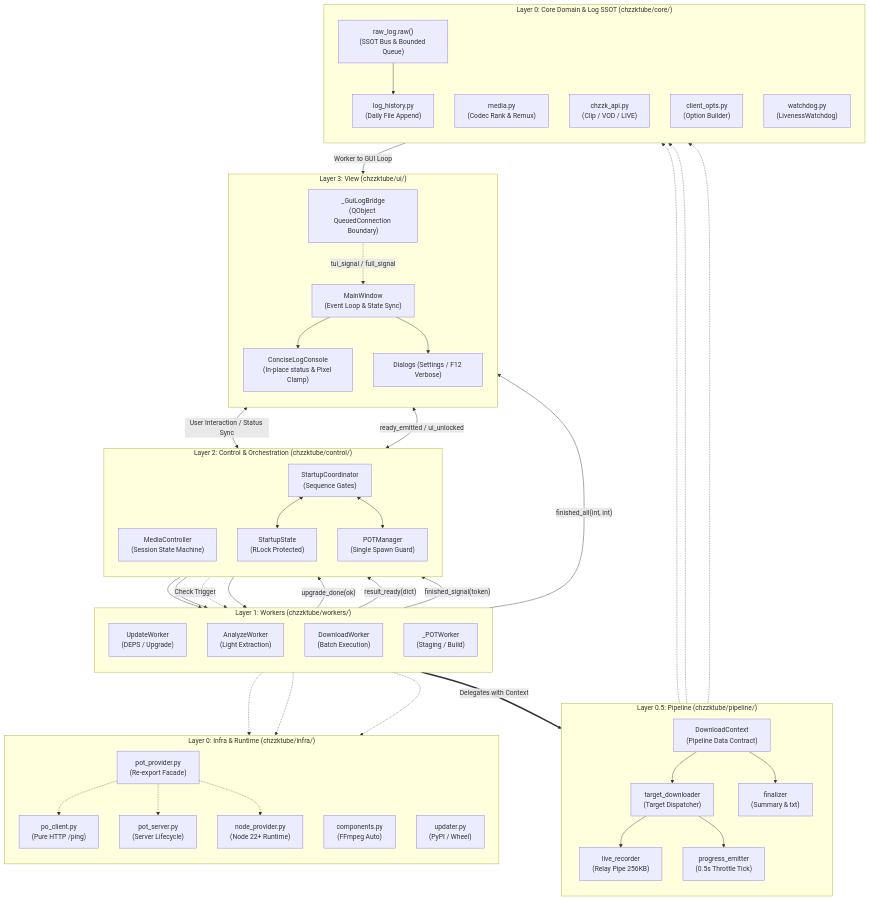
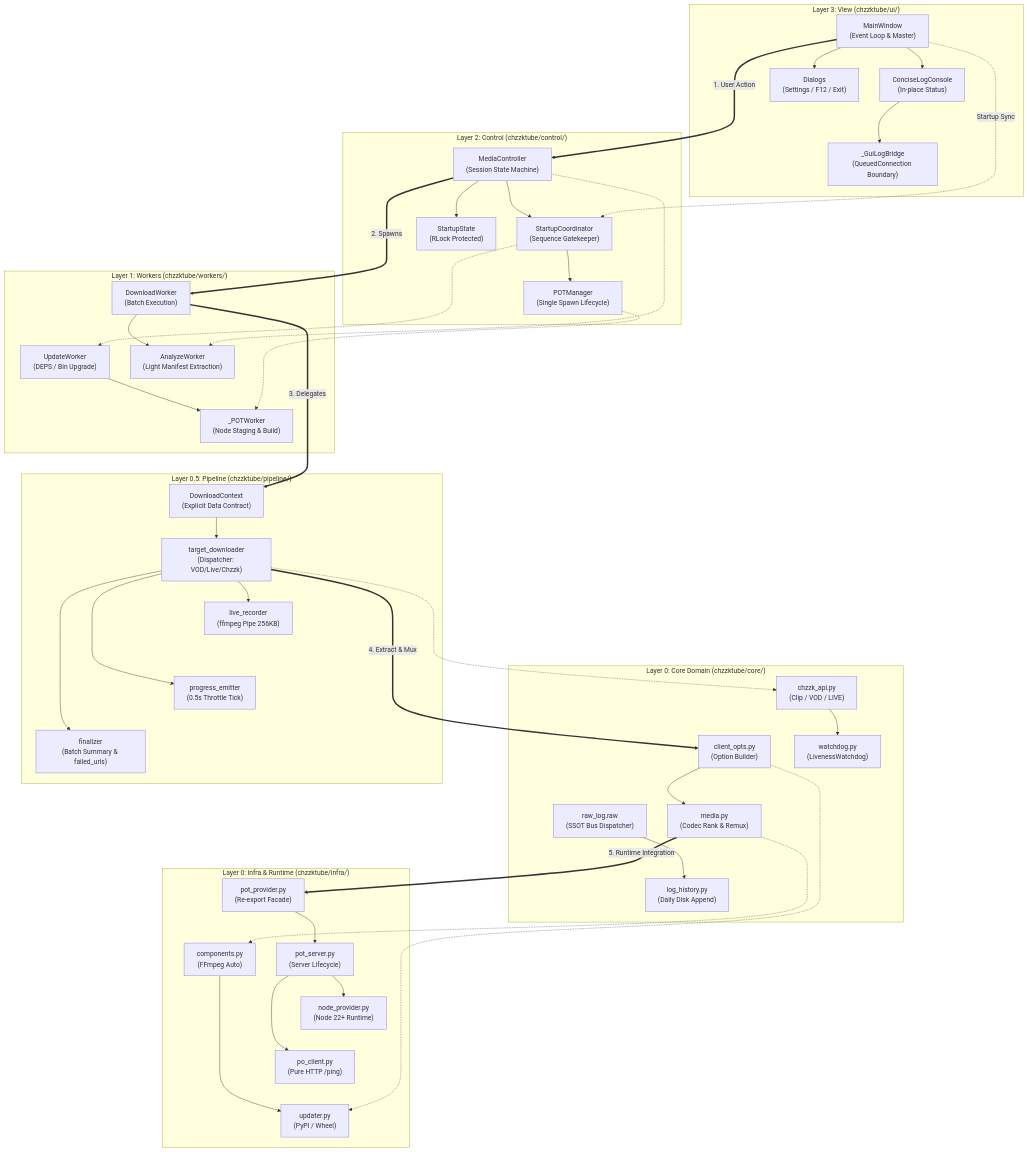
Before and after one commit to joyksan/ChzzkTube: the fourth of 4 diagrams in README.md, drawn with Mermaid.

Commit message:
docs : readme.md 아키텍처 다이어그램 수정

````diff
--- a/README.md
+++ b/README.md
@@ -233,113 +233,137 @@
 ```mermaid
 flowchart TB
 %% ══════════════════════════════════════════════════════════════════
-%% ChzzkTube Architecture: GitHub Markdown Validated Vertical Stack
+%% ChzzkTube Architecture: Strict 1-Column Vertical Stack
 %% ══════════════════════════════════════════════════════════════════
 
+    %% [Layer 3: UI View]
     subgraph L3 ["Layer 3: View (chzzktube/ui/)"]
-        direction TB
-        MW["MainWindow<br/>(Event Loop & State Sync)"]
-        LC["ConciseLogConsole<br/>(In-place status & Pixel Clamp)"]
-        DLG["Dialogs (Settings / F12 Verbose)"]
-        BRIDGE["_GuiLogBridge<br/>(QObject QueuedConnection Boundary)"]
-        
+        MW["MainWindow<br/>(Event Loop & Master)"]
+        DLG["Dialogs<br/>(Settings / F12 / Exit)"]
+        LC["ConciseLogConsole<br/>(In-place Status)"]
+        BRIDGE["_GuiLogBridge<br/>(QueuedConnection Boundary)"]
+
+        MW --> DLG
         MW --> LC
-        MW --> DLG
-        BRIDGE -. "tui_signal / full_signal" .-> MW
+        LC --> BRIDGE
+        DLG ~~~ BRIDGE
     end
 
-    subgraph L2 ["Layer 2: Control & Orchestration (chzzktube/control/)"]
-        direction TB
+    %% [Layer 2: Control]
+    subgraph L2 ["Layer 2: Control (chzzktube/control/)"]
         CTRL["MediaController<br/>(Session State Machine)"]
-        COORD["StartupCoordinator<br/>(Sequence Gates)"]
+        COORD["StartupCoordinator<br/>(Sequence Gatekeeper)"]
         STATE["StartupState<br/>(RLock Protected)"]
-        POTM["POTManager<br/>(Single Spawn Guard)"]
+        POTM["POTManager<br/>(Single Spawn Lifecycle)"]
 
-        COORD <--> STATE
-        COORD <--> POTM
+        CTRL --> STATE
+        CTRL --> COORD
+        COORD --> POTM
+        STATE ~~~ POTM
     end
 
+    %% [Layer 1: Workers]
     subgraph L1 ["Layer 1: Workers (chzzktube/workers/)"]
-        direction TB
-        W_UPD["UpdateWorker<br/>(DEPS / Upgrade)"]
-        W_ANA["AnalyzeWorker<br/>(Light Extraction)"]
         W_DL["DownloadWorker<br/>(Batch Execution)"]
-        W_POT["_POTWorker<br/>(Staging / Build)"]
+        W_UPD["UpdateWorker<br/>(DEPS / Bin Upgrade)"]
+        W_ANA["AnalyzeWorker<br/>(Light Manifest Extraction)"]
+        W_POT["_POTWorker<br/>(Node Staging & Build)"]
+
+        W_DL --> W_ANA
+        W_UPD --> W_POT
+        W_DL ~~~ W_UPD
+        W_ANA ~~~ W_POT
     end
 
+    %% [Layer 0.5: Pipeline Execution]
     subgraph L05 ["Layer 0.5: Pipeline (chzzktube/pipeline/)"]
-        direction TB
-        CTX["DownloadContext<br/>(Pipeline Data Contract)"]
-        TDL["target_downloader<br/>(Target Dispatcher)"]
-        LREC["live_recorder<br/>(Relay Pipe 256KB)"]
+        CTX["DownloadContext<br/>(Explicit Data Contract)"]
+        TDL["target_downloader<br/>(Dispatcher: VOD/Live/Chzzk)"]
+        LREC["live_recorder<br/>(ffmpeg Pipe 256KB)"]
         PEMIT["progress_emitter<br/>(0.5s Throttle Tick)"]
-        FIN["finalizer<br/>(Summary & txt)"]
+        FIN["finalizer<br/>(Batch Summary & failed_urls)"]
 
         CTX --> TDL
         TDL --> LREC
         TDL --> PEMIT
-        CTX --> FIN
+        TDL --> FIN
+        LREC ~~~ PEMIT ~~~ FIN
     end
 
-    subgraph L0_CORE ["Layer 0: Core Domain & Log SSOT (chzzktube/core/)"]
-        direction TB
-        RLOG["raw_log.raw()<br/>(SSOT Bus & Bounded Queue)"]
-        HIST["log_history.py<br/>(Daily File Append)"]
-        MEDIA["media.py<br/>(Codec Rank & Remux)"]
+    %% [Layer 0: Core Domain]
+    subgraph L0_CORE ["Layer 0: Core Domain (chzzktube/core/)"]
         CHZZK["chzzk_api.py<br/>(Clip / VOD / LIVE)"]
         OPTS["client_opts.py<br/>(Option Builder)"]
+        RLOG["raw_log.raw<br/>(SSOT Bus Dispatcher)"]
         WDOG["watchdog.py<br/>(LivenessWatchdog)"]
+        MEDIA["media.py<br/>(Codec Rank & Remux)"]
+        HIST["log_history.py<br/>(Daily Disk Append)"]
 
+        CHZZK --> WDOG
+        OPTS --> MEDIA
         RLOG --> HIST
+        CHZZK ~~~ OPTS ~~~ RLOG
+        WDOG ~~~ MEDIA ~~~ HIST
     end
 
+    %% [Layer 0: Infra & Runtime]
     subgraph L0_INFRA ["Layer 0: Infra & Runtime (chzzktube/infra/)"]
-        direction TB
-        FACADE["pot_provider.py<br/>(Re-export Facade)"]
+        POTP["pot_provider.py<br/>(Re-export Facade)"]
+        COMP["components.py<br/>(FFmpeg Auto)"]
+        POTS["pot_server.py<br/>(Server Lifecycle)"]
+        UPDR["updater.py<br/>(PyPI / Wheel)"]
+        NODE["node_provider.py<br/>(Node 22+ Runtime)"]
         POC["po_client.py<br/>(Pure HTTP /ping)"]
-        POTS["pot_server.py<br/>(Server Lifecycle)"]
-        NODE["node_provider.py<br/>(Node 22+ Runtime)"]
-        COMP["components.py<br/>(FFmpeg Auto)"]
-        UPDR["updater.py<br/>(PyPI / Wheel)"]
 
-        FACADE -.-> POC
-        FACADE -.-> POTS
-        FACADE -.-> NODE
+        POTP --> POTS
+        POTS --> NODE
+        POTS --> POC
+        COMP --> UPDR
+        POTP ~~~ COMP
+        NODE ~~~ POC ~~~ UPDR
     end
 
 %% ══════════════════════════════════════════════════════════════════
-%% Inter-Layer Structural Flow (Vertical Backbone)
+%% 수직 박스 고정 앵커 (계단 현상 방지: 상단 박스 바닥 -> 하단 박스 천장)
 %% ══════════════════════════════════════════════════════════════════
+    %% L3 바닥 -> L2 천장
+    DLG ~~~ CTRL
+    BRIDGE ~~~ COORD
 
-    %% L3 <-> L2 Control Link (교정: 파이프 라벨 구문 적용)
-    MW <--> |"User Interaction / Status Sync"| CTRL
-    MW <--> |"ready_emitted / ui_unlocked"| COORD
+    %% L2 바닥 -> L1 천장
+    STATE ~~~ W_DL
+    POTM ~~~ W_UPD
 
-    %% L2 -> L1 Lifecycle Spawning
-    CTRL --> W_DL
-    CTRL --> W_ANA
-    COORD -. "Check Trigger" .-> W_UPD
-    POTM --> W_POT
+    %% L1 바닥 -> L0.5 천장
+    W_ANA ~~~ CTX
+    W_POT ~~~ CTX
 
-    %% L1 -> L2 Signals
-    W_UPD -- "upgrade_done(ok)" --> COORD
-    W_ANA -- "result_ready(dict)" --> CTRL
-    W_DL -- "finished_all(int, int)" --> MW
-    W_POT -- "finished_signal(token)" --> POTM
+    %% L0.5 바닥 -> L0 Core 천장
+    LREC ~~~ CHZZK
+    PEMIT ~~~ OPTS
+    FIN ~~~ RLOG
 
-    %% L1 -> L0.5 Delegation (교정: 표준 두꺼운 링크 텍스트 구문)
-    W_DL == "Delegates with Context" ==> CTX
+    %% L0 Core 바닥 -> L0 Infra 천장
+    MEDIA ~~~ POTP
+    HIST ~~~ COMP
 
-    %% L0.5 -> L0 Core Integration
-    TDL -.-> OPTS
-    TDL -.-> MEDIA
+%% ══════════════════════════════════════════════════════════════════
+%% 비즈니스 데이터 플로우 (대칭 수직 연결)
+%% ══════════════════════════════════════════════════════════════════
+    MW ==> |"1. User Action"| CTRL
+    MW -.-> |"Startup Sync"| COORD
+
+    CTRL ==> |"2. Spawns"| W_DL
+    CTRL -.-> W_ANA
+    COORD -.-> W_UPD
+    POTM -.-> W_POT
+
+    W_DL ==> |"3. Delegates"| CTX
+
+    TDL ==> |"4. Extract & Mux"| OPTS
     TDL -.-> CHZZK
 
-    %% L1 -> L0 Infra Provisioning
-    W_UPD -.-> UPDR
-    W_UPD -.-> COMP
-    W_POT -.-> POTS
-
-    %% Event Boundary back to View (Log Loop)
-    RLOG -- "Worker to GUI Loop" --> BRIDGE
+    MEDIA ==> |"5. Runtime Integration"| POTP
+    MEDIA -.-> COMP
+    OPTS -.-> UPDR
 ```
````
